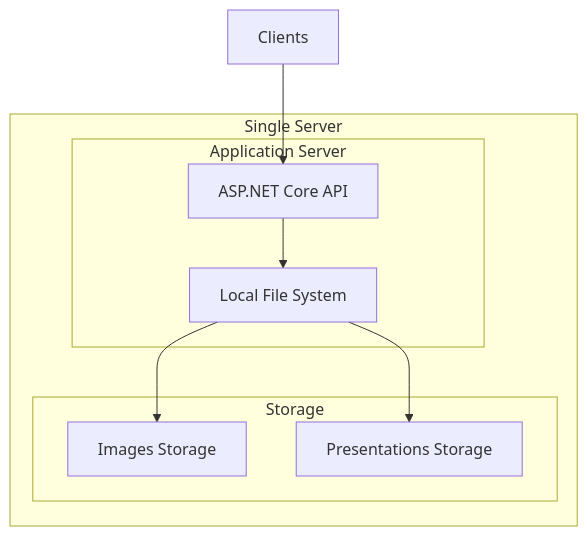
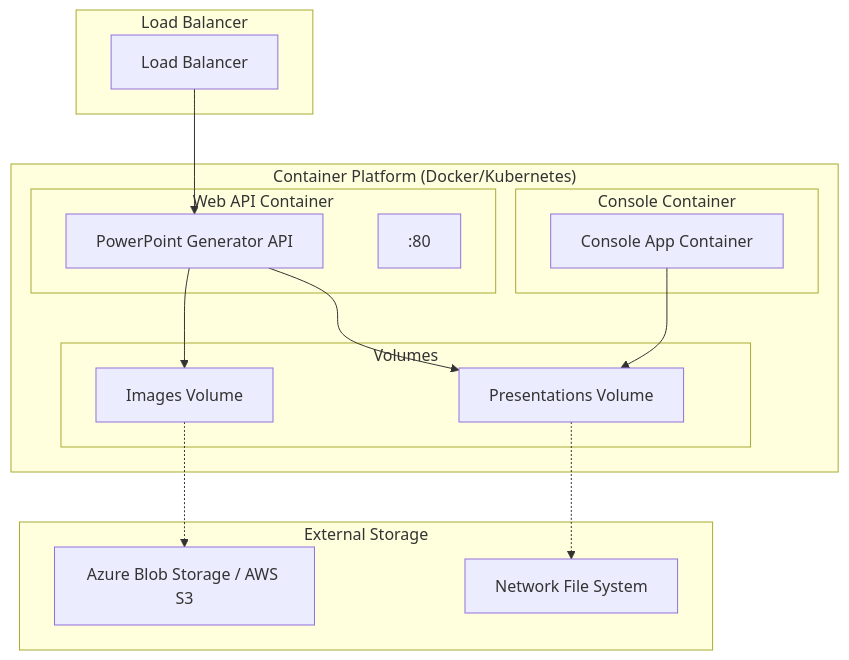
Before and after one commit to ahemavathy/Powerpoint: the sixth of 11 diagrams in ARCHITECTURE_DIAGRAMS.md, drawn with Mermaid. The commit also changed other lines of this file and 8 other files, not shown here.

````diff
--- a/ARCHITECTURE_DIAGRAMS.md
+++ b/ARCHITECTURE_DIAGRAMS.md
@@ -162,19 +248,35 @@
 ```mermaid
 graph TB
-    subgraph "Single Server"
-        subgraph "Application Server"
-            API[ASP.NET Core API]
-            FS[Local File System]
+    subgraph "Container Platform (Docker/Kubernetes)"
+        subgraph "Web API Container"
+            API_CONTAINER[PowerPoint Generator API]
+            API_PORT[":80"]
         end
         
-        subgraph "Storage"
-            IMG_STORE[Images Storage]
-            PPT_STORE[Presentations Storage]
+        subgraph "Volumes"
+            VOLUME_IMGS[Images Volume]
+            VOLUME_PPTS[Presentations Volume]
+        end
+        
+        subgraph "Console Container"
+            CONSOLE_CONTAINER[Console App Container]
         end
     end
     
-    CLIENT[Clients] --> API
-    API --> FS
-    FS --> IMG_STORE
-    FS --> PPT_STORE
+    subgraph "External Storage"
+        BLOB[Azure Blob Storage / AWS S3]
+        NFS[Network File System]
+    end
+    
+    subgraph "Load Balancer"
+        LB[Load Balancer]
+    end
+    
+    LB --> API_CONTAINER
+    API_CONTAINER --> VOLUME_IMGS
+    API_CONTAINER --> VOLUME_PPTS
+    CONSOLE_CONTAINER --> VOLUME_PPTS
+    
+    VOLUME_IMGS -.-> BLOB
+    VOLUME_PPTS -.-> NFS
 ```
````
